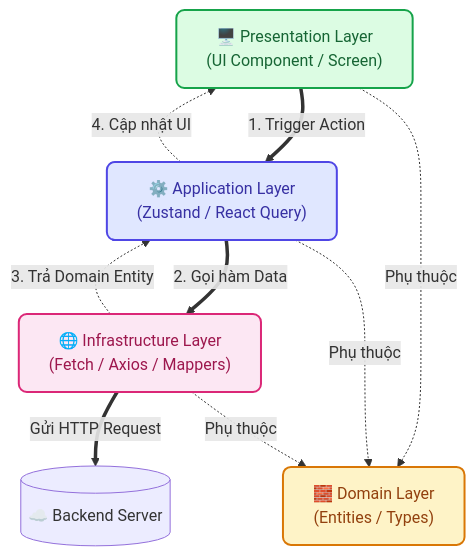
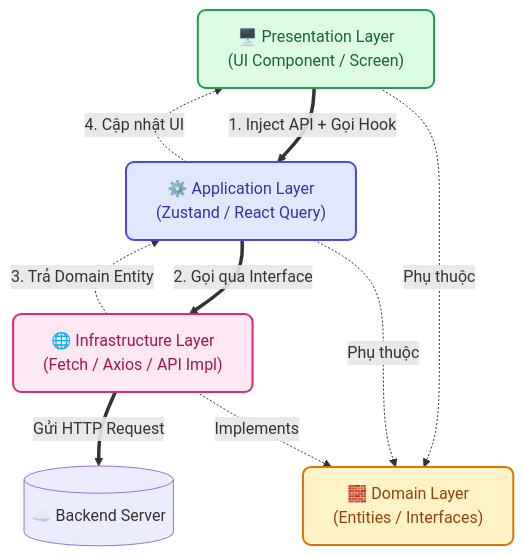
One commit to hoangdq08/ari-ai changed the diagram in frontend/README.md. Above: the diagram before and after it, drawn with Mermaid. The commit also changed other lines of this file and 19 other files, not shown here.

````diff
--- a/frontend/README.md
+++ b/frontend/README.md
@@ -42,24 +44,24 @@
 ```mermaid
 flowchart TD
     classDef domain fill:#fef3c7,stroke:#d97706,stroke-width:2px,color:#92400e,rx:8,ry:8
     classDef application fill:#e0e7ff,stroke:#4f46e5,stroke-width:2px,color:#3730a3,rx:8,ry:8
     classDef infra fill:#fce7f3,stroke:#db2777,stroke-width:2px,color:#9d174d,rx:8,ry:8
     classDef presentation fill:#dcfce3,stroke:#16a34a,stroke-width:2px,color:#166534,rx:8,ry:8
     
     P["🖥️ Presentation Layer<br/>(UI Component / Screen)"]:::presentation
     A["⚙️ Application Layer<br/>(Zustand / React Query)"]:::application
-    I["🌐 Infrastructure Layer<br/>(Fetch / Axios / Mappers)"]:::infra
-    D["🧱 Domain Layer<br/>(Entities / Types)"]:::domain
+    I["🌐 Infrastructure Layer<br/>(Fetch / Axios / API Impl)"]:::infra
+    D["🧱 Domain Layer<br/>(Entities / Interfaces)"]:::domain
     
-    P == "1. Trigger Action" ==> A
+    P == "1. Inject API + Gọi Hook" ==> A
     A -. "4. Cập nhật UI" .-> P
     
-    A == "2. Gọi hàm Data" ==> I
+    A == "2. Gọi qua Interface" ==> I
     I -. "3. Trả Domain Entity" .-> A
     
     I == "Gửi HTTP Request" ==> Server[("☁️ Backend Server")]
     
     P -. "Phụ thuộc" .-> D
     A -. "Phụ thuộc" .-> D
-    I -. "Phụ thuộc" .-> D
+    I -. "Implements" .-> D
 ```
````
